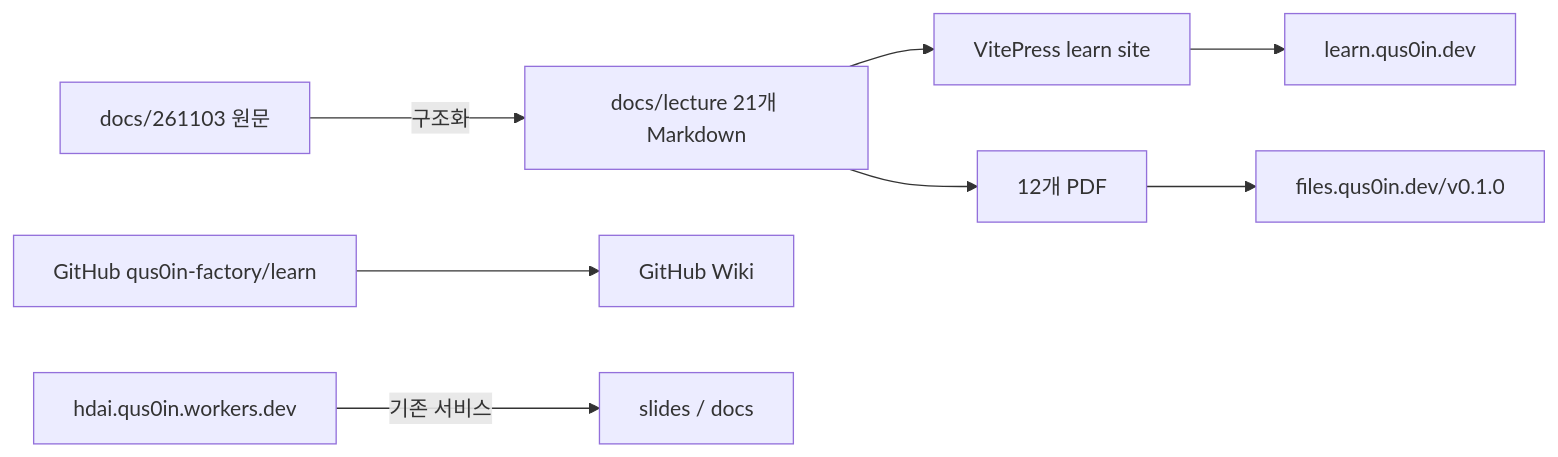
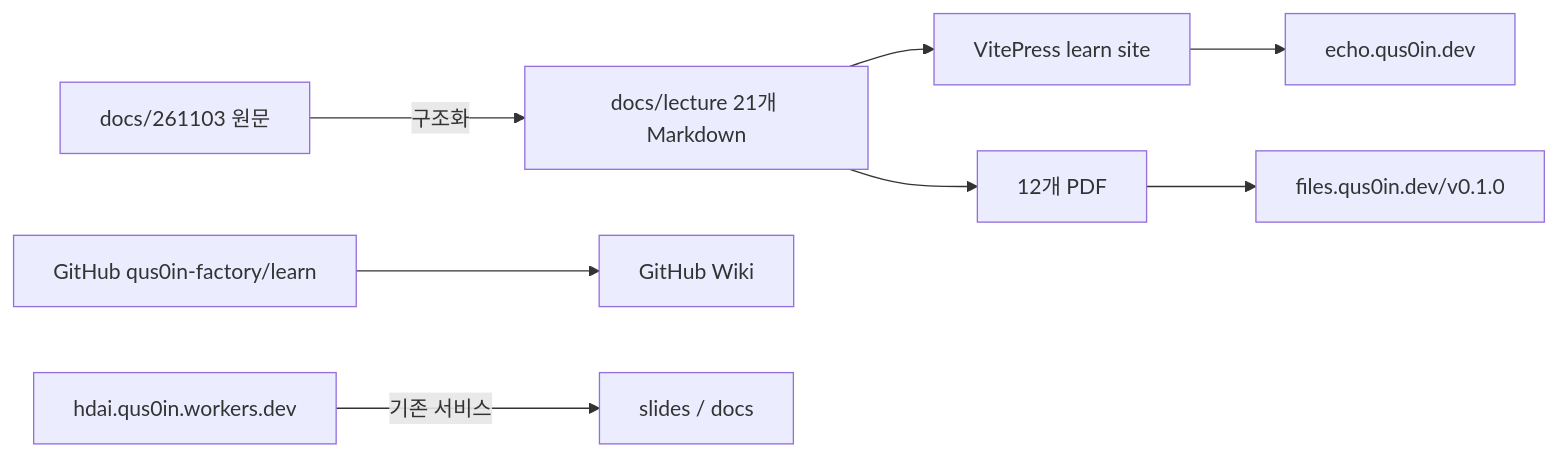
Before and after one commit to qus0in-factory/learn: the diagram in README.md, drawn with Mermaid. The commit also changed other lines of this file and 6 other files, not shown here.

Commit message:
feat(learn): rename site to echo and add echo custom domain (#22)

````diff
--- a/README.md
+++ b/README.md
@@ -5,10 +5,10 @@
 ```mermaid
 flowchart LR
     Source[docs/261103 원문] -->|구조화| Lecture[docs/lecture 21개 Markdown]
     Lecture --> Site[VitePress learn site]
     Lecture --> Pdfs[12개 PDF]
-    Site --> Learn[learn.qus0in.dev]
+    Site --> Learn[echo.qus0in.dev]
     Pdfs --> Files[files.qus0in.dev/v0.1.0]
     Repo[GitHub qus0in-factory/learn] --> Wiki[GitHub Wiki]
     Current[hdai.qus0in.workers.dev] -->|기존 서비스| Slides[slides / docs]
 ```
````
